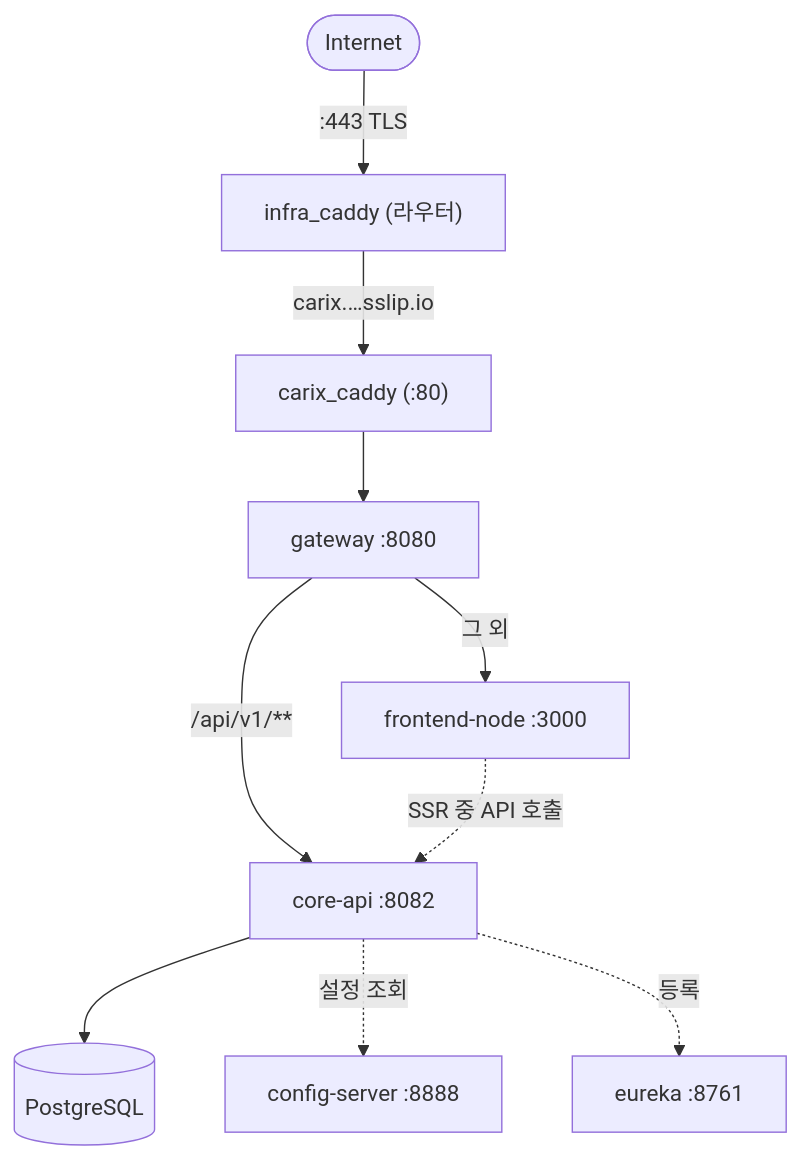
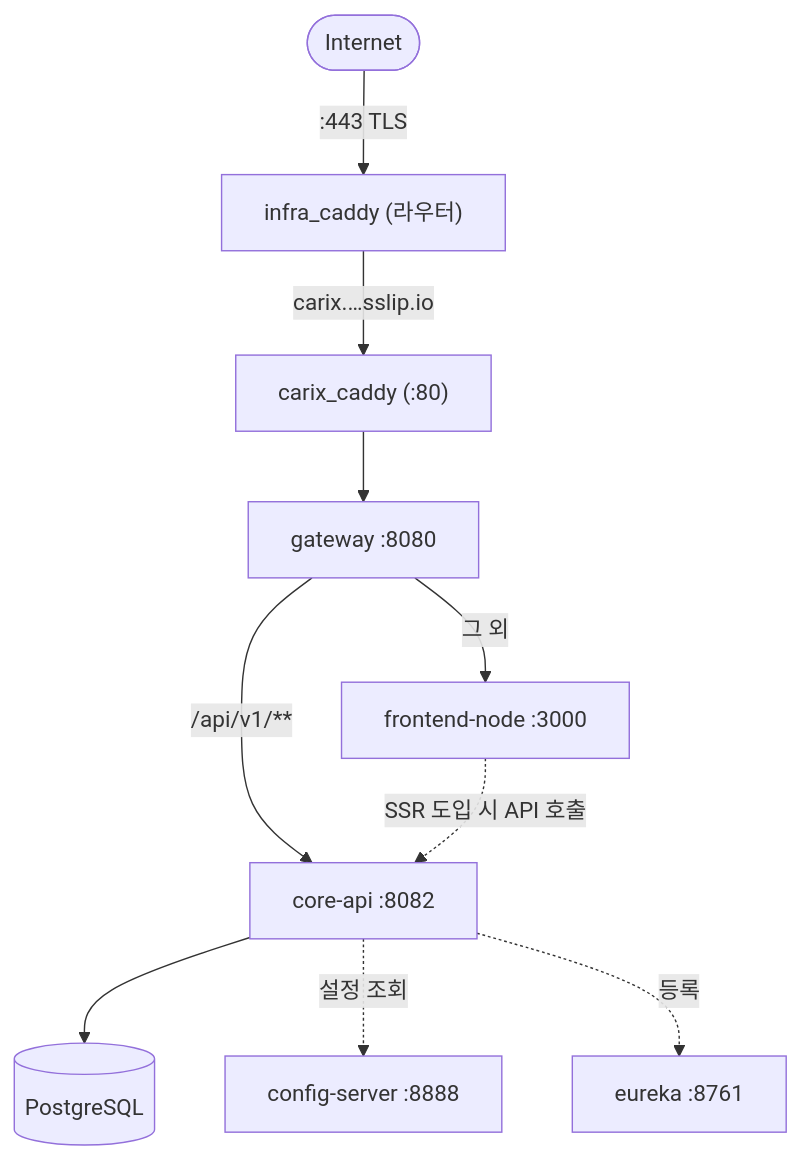
One commit to SeoHyeokGyu/Carix changed the second of 2 diagrams in README.md. Above: the diagram before and after it, drawn with Mermaid. The commit also changed other lines of this file, not shown here.

````diff
--- a/README.md
+++ b/README.md
@@ -320,12 +321,12 @@
 ```mermaid
 flowchart TD
     Internet([Internet]) -->|":443 TLS"| Router["infra_caddy (라우터)"]
     Router -->|"carix.…sslip.io"| CarixCaddy["carix_caddy (:80)"]
     CarixCaddy --> GW["gateway :8080"]
     GW -->|"/api/v1/**"| CoreApi["core-api :8082"]
     GW -->|"그 외"| NodeSSR["frontend-node :3000"]
-    NodeSSR -.->|"SSR 중 API 호출"| CoreApi
+    NodeSSR -.->|"SSR 도입 시 API 호출"| CoreApi
     CoreApi --> DB[(PostgreSQL)]
     CoreApi -.->|"설정 조회"| Config["config-server :8888"]
     CoreApi -.->|"등록"| Eureka["eureka :8761"]
 ```
````
